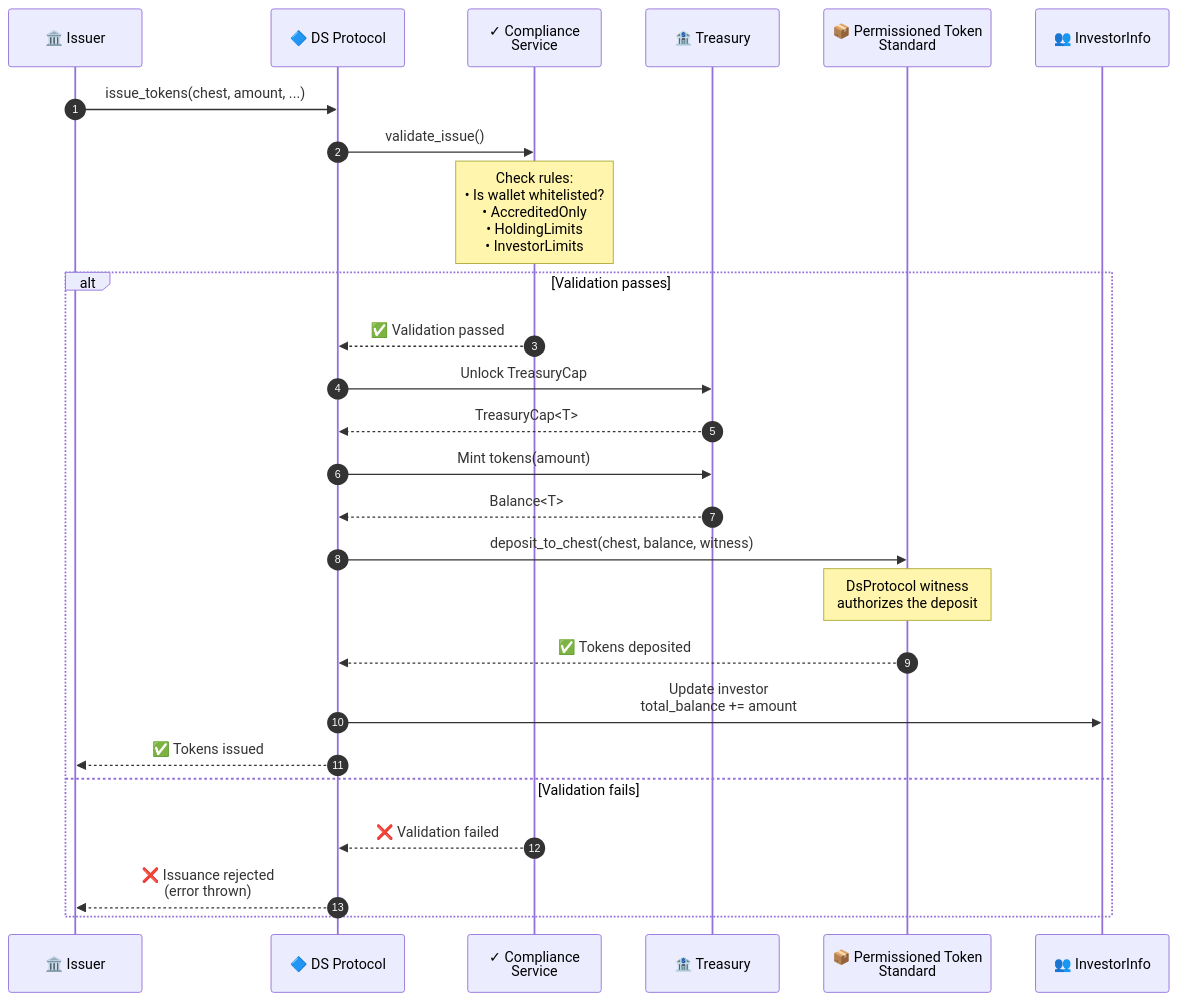
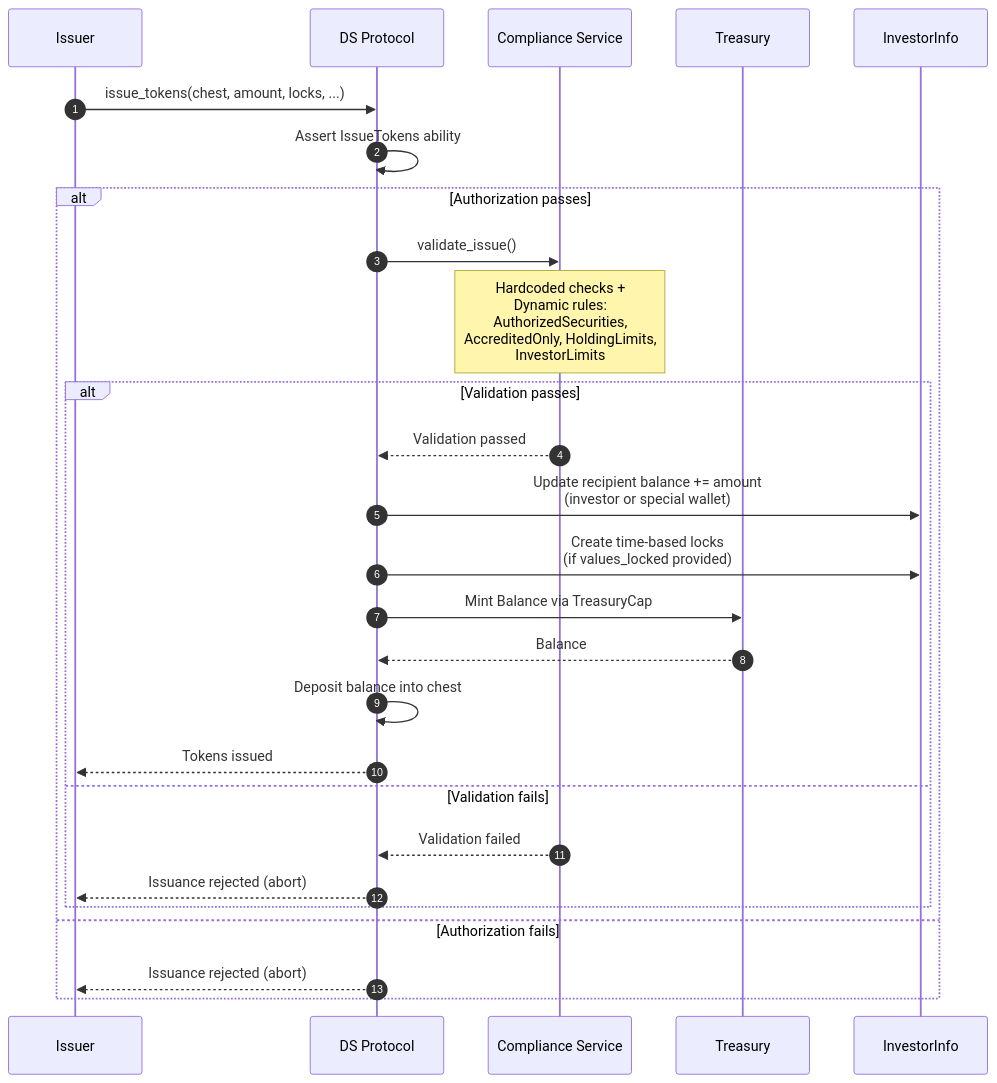
The diagram in docs/issue-flow.md (securitize-io/bc-sui-dstoken-sc), drawn with Mermaid before and after one commit. The commit also changed other lines of this file and 20 other files, not shown here.

````diff
--- a/docs/issue-flow.md
+++ b/docs/issue-flow.md
@@ -3,37 +134,39 @@
 ```mermaid
 sequenceDiagram
     autonumber
-    participant Issuer as 🏛️ Issuer
-    participant DS as 🔷 DS Protocol
-    participant Compliance as ✓ Compliance<br/>Service
-    participant Treasury as 🏦 Treasury
-    participant PTS as 📦 Permissioned Token<br/>Standard
-    participant Registry as 👥 InvestorInfo
+    participant Issuer as Issuer
+    participant DS as DS Protocol
+    participant Compliance as Compliance Service
+    participant Treasury as Treasury
+    participant Registry as InvestorInfo
 
-    Issuer->>DS: issue_tokens(chest, amount, ...)
+    Issuer->>DS: issue_tokens(chest, amount, locks, ...)
 
-    DS->>Compliance: validate_issue()
+    DS->>DS: Assert IssueTokens ability
 
-    Note over Compliance: Check rules:<br/>• Is wallet whitelisted?<br/>• AccreditedOnly<br/>• HoldingLimits<br/>• InvestorLimits
+    alt Authorization passes
+        DS->>Compliance: validate_issue()
 
-    alt Validation passes
-        Compliance-->>DS: ✅ Validation passed
+        Note over Compliance: Hardcoded checks +<br/>Dynamic rules:<br/>AuthorizedSecurities,<br/>AccreditedOnly, HoldingLimits,<br/>InvestorLimits
 
-        DS->>Treasury: Unlock TreasuryCap
-        Treasury-->>DS: TreasuryCap<T>
+        alt Validation passes
+            Compliance-->>DS: Validation passed
 
-        DS->>Treasury: Mint tokens(amount)
-        Treasury-->>DS: Balance<T>
+            DS->>Registry: Update recipient balance += amount<br/>(investor or special wallet)
 
-        DS->>PTS: deposit_to_chest(chest, balance, witness)
-        Note over PTS: DsProtocol witness<br/>authorizes the deposit
-        PTS-->>DS: ✅ Tokens deposited
+            DS->>Registry: Create time-based locks<br/>(if values_locked provided)
 
-        DS->>Registry: Update investor<br/>total_balance += amount
+            DS->>Treasury: Mint Balance via TreasuryCap
+            Treasury-->>DS: Balance
 
-        DS-->>Issuer: ✅ Tokens issued
-    else Validation fails
-        Compliance-->>DS: ❌ Validation failed
-        DS-->>Issuer: ❌ Issuance rejected<br/>(error thrown)
+            DS->>DS: Deposit balance into chest
+
+            DS-->>Issuer: Tokens issued
+        else Validation fails
+            Compliance-->>DS: Validation failed
+            DS-->>Issuer: Issuance rejected (abort)
+        end
+    else Authorization fails
+        DS-->>Issuer: Issuance rejected (abort)
     end
 ```
````
